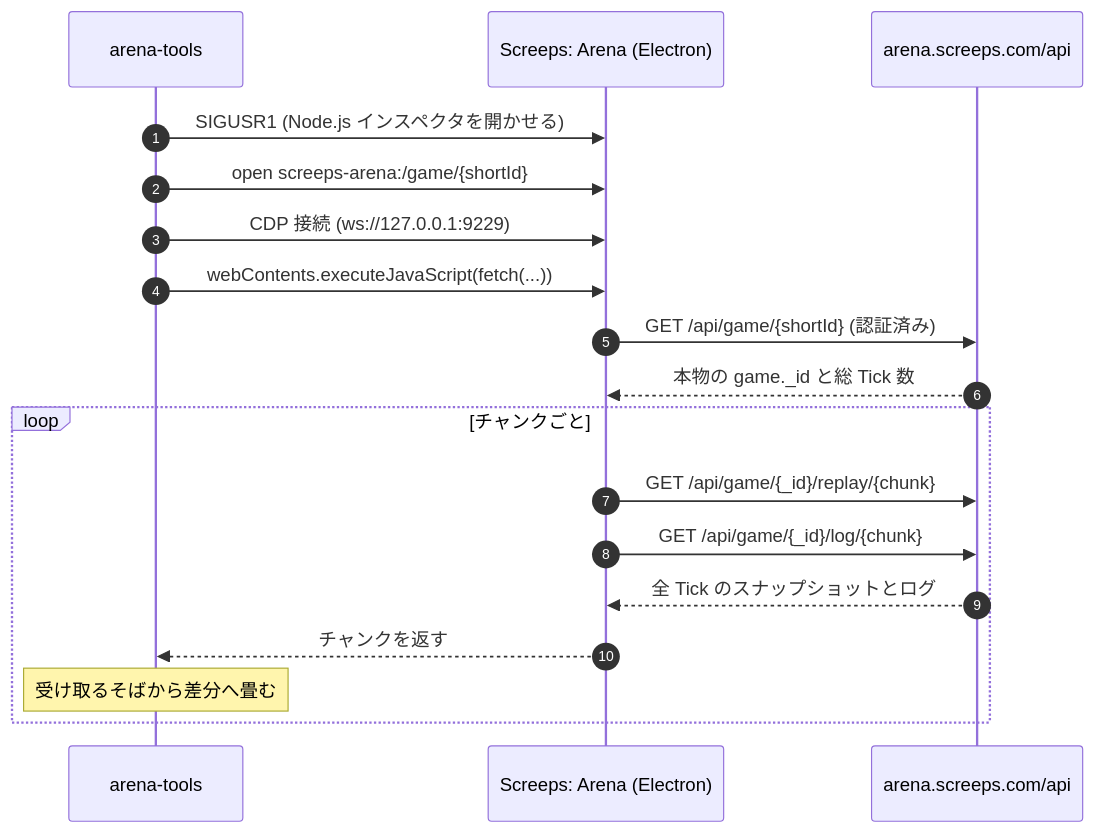
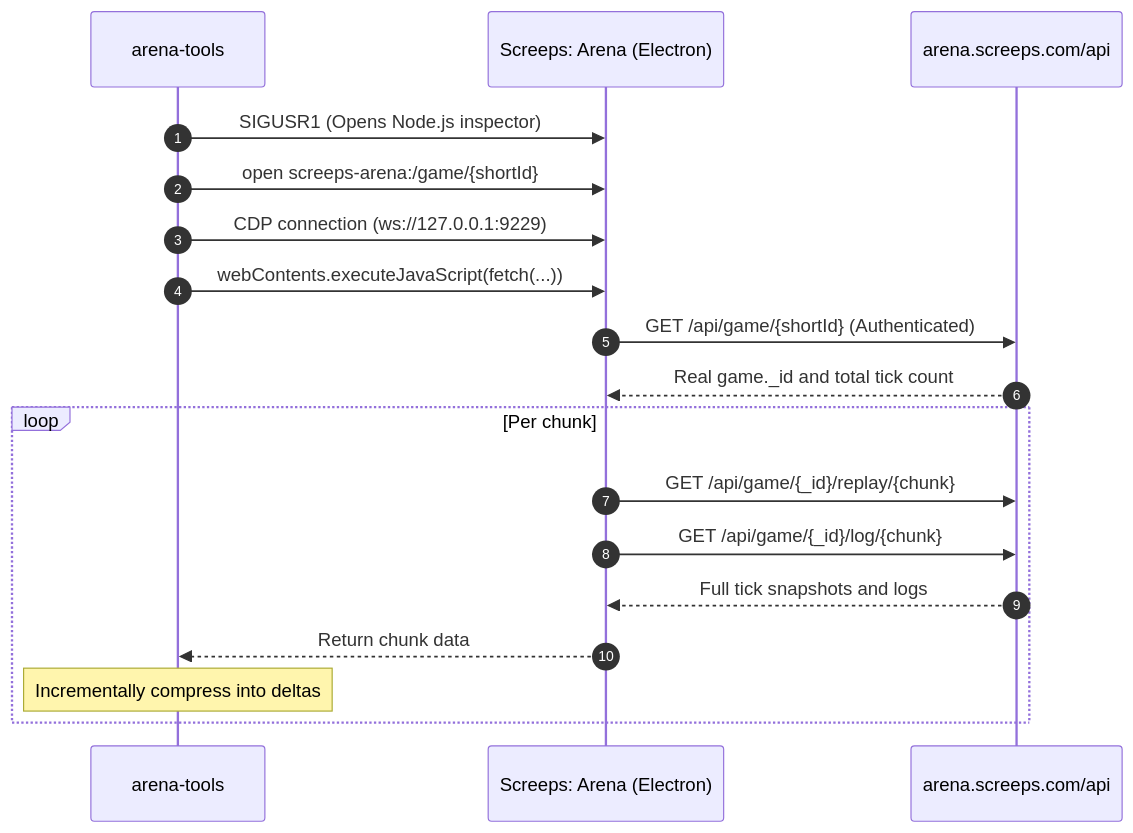
One commit to arukuka/screeps-arena-tools changed the diagram in README.md. Above: the diagram before and after it, drawn with Mermaid. The commit also changed other lines of this file and 26 other files, not shown here.

````diff
--- a/README.md
+++ b/README.md
@@ -106,21 +103,21 @@
 ```mermaid
 sequenceDiagram
     autonumber
     participant CLI as arena-tools
     participant App as Screeps: Arena (Electron)
     participant API as arena.screeps.com/api
 
-    CLI->>App: SIGUSR1 (Node.js インスペクタを開かせる)
+    CLI->>App: SIGUSR1 (Opens Node.js inspector)
     CLI->>App: open screeps-arena:/game/{shortId}
-    CLI->>App: CDP 接続 (ws://127.0.0.1:9229)
+    CLI->>App: CDP connection (ws://127.0.0.1:9229)
     CLI->>App: webContents.executeJavaScript(fetch(...))
-    App->>API: GET /api/game/{shortId}       (認証済み)
-    API-->>App: 本物の game._id と総 Tick 数
-    loop チャンクごと
+    App->>API: GET /api/game/{shortId}       (Authenticated)
+    API-->>App: Real game._id and total tick count
+    loop Per chunk
         App->>API: GET /api/game/{_id}/replay/{chunk}
         App->>API: GET /api/game/{_id}/log/{chunk}
-        API-->>App: 全 Tick のスナップショットとログ
-        App-->>CLI: チャンクを返す
-        Note over CLI: 受け取るそばから差分へ畳む
+        API-->>App: Full tick snapshots and logs
+        App-->>CLI: Return chunk data
+        Note over CLI: Incrementally compress into deltas
     end
 ```
````
